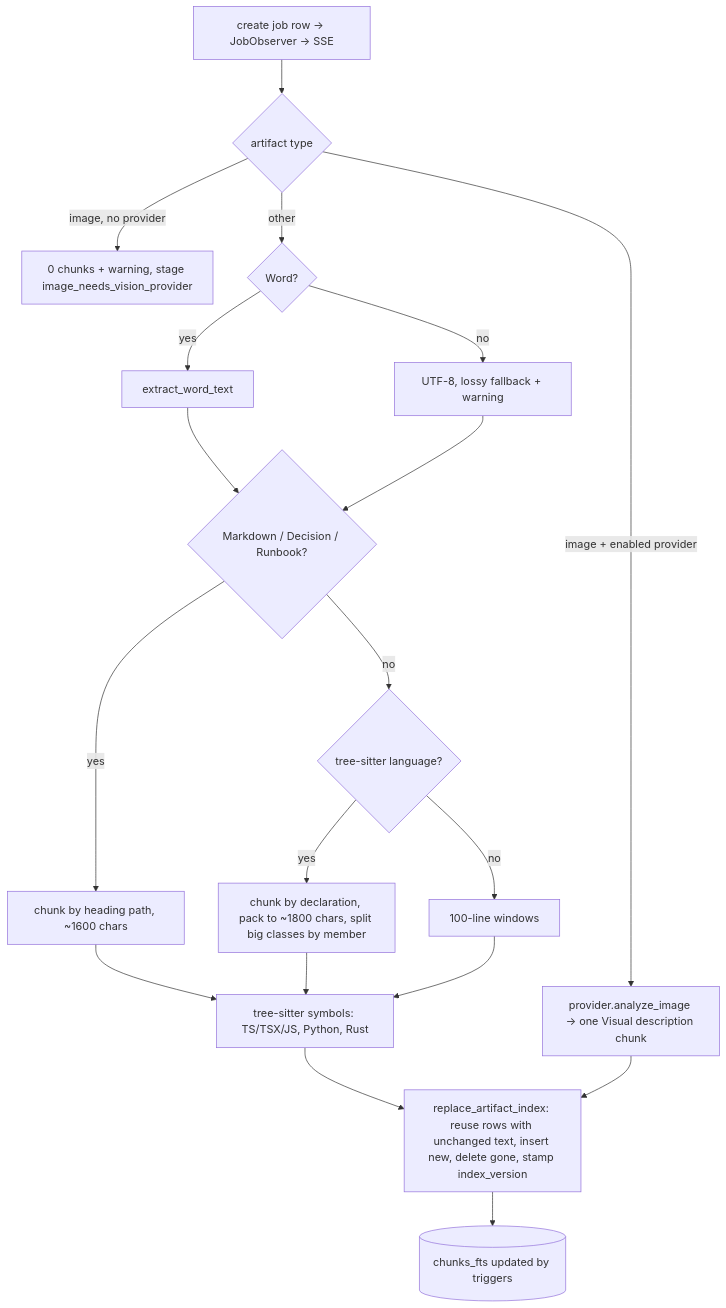
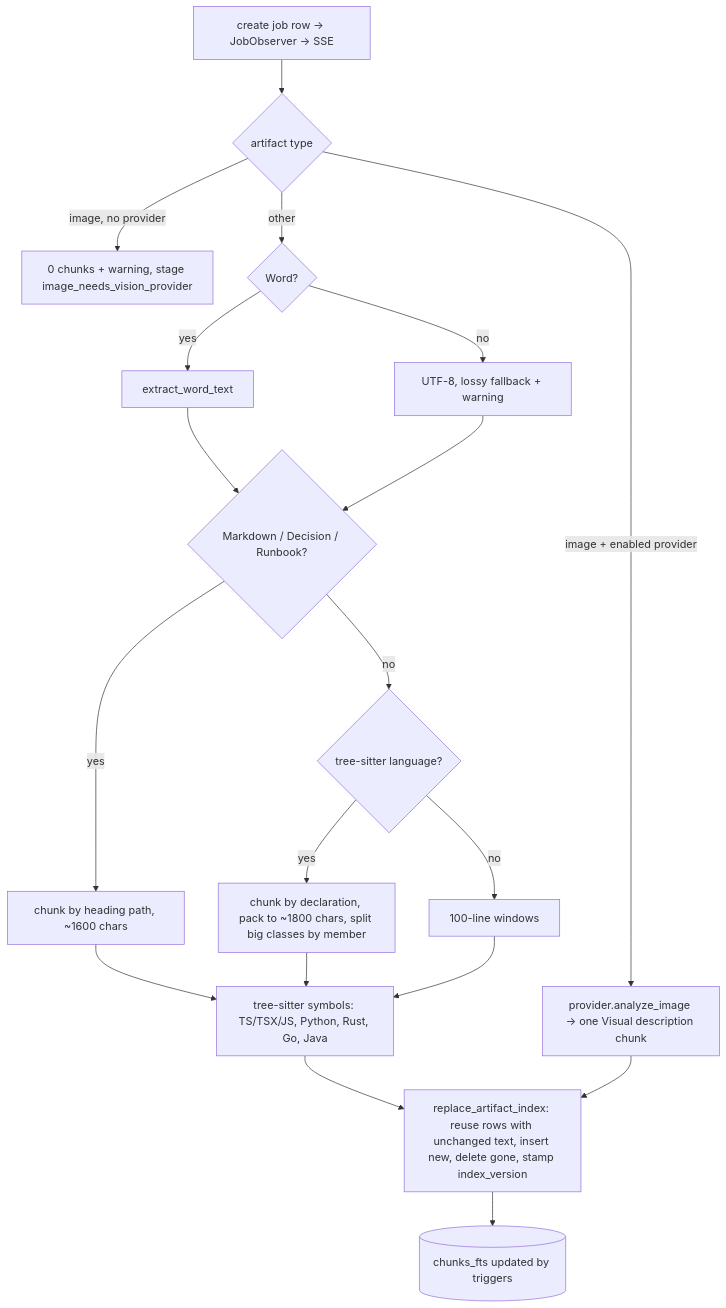
One commit to winksen/RepoMemo changed the fifth of 6 diagrams in mindmap/TECHNICAL_MINDMAP.md. Above: the diagram before and after it, drawn with Mermaid. The commit also changed other lines of this file and 18 other files, not shown here.

````diff
--- a/mindmap/TECHNICAL_MINDMAP.md
+++ b/mindmap/TECHNICAL_MINDMAP.md
@@ -497,21 +497,21 @@
 ```mermaid
 flowchart TD
   J["create job row → JobObserver → SSE"] --> T{artifact type}
   T -- image + enabled provider --> V["provider.analyze_image → one Visual description chunk"]
   T -- image, no provider --> N["0 chunks + warning, stage image_needs_vision_provider"]
   T -- other --> W{Word?}
   W -- yes --> WX[extract_word_text]
   W -- no --> U[UTF-8, lossy fallback + warning]
   WX --> CH
   U --> CH{Markdown / Decision / Runbook?}
   CH -- yes --> MD[chunk by heading path, ~1600 chars]
   CH -- no --> TS{tree-sitter language?}
   TS -- yes --> CD[chunk by declaration, pack to ~1800 chars, split big classes by member]
   TS -- no --> LW[100-line windows]
-  MD --> SY[tree-sitter symbols: TS/TSX/JS, Python, Rust]
+  MD --> SY[tree-sitter symbols: TS/TSX/JS, Python, Rust, Go, Java]
   CD --> SY
   LW --> SY
   SY --> RP["replace_artifact_index: reuse rows with unchanged text, insert new, delete gone, stamp index_version"]
   V --> RP
   RP --> FTS[(chunks_fts updated by triggers)]
 ```
````
